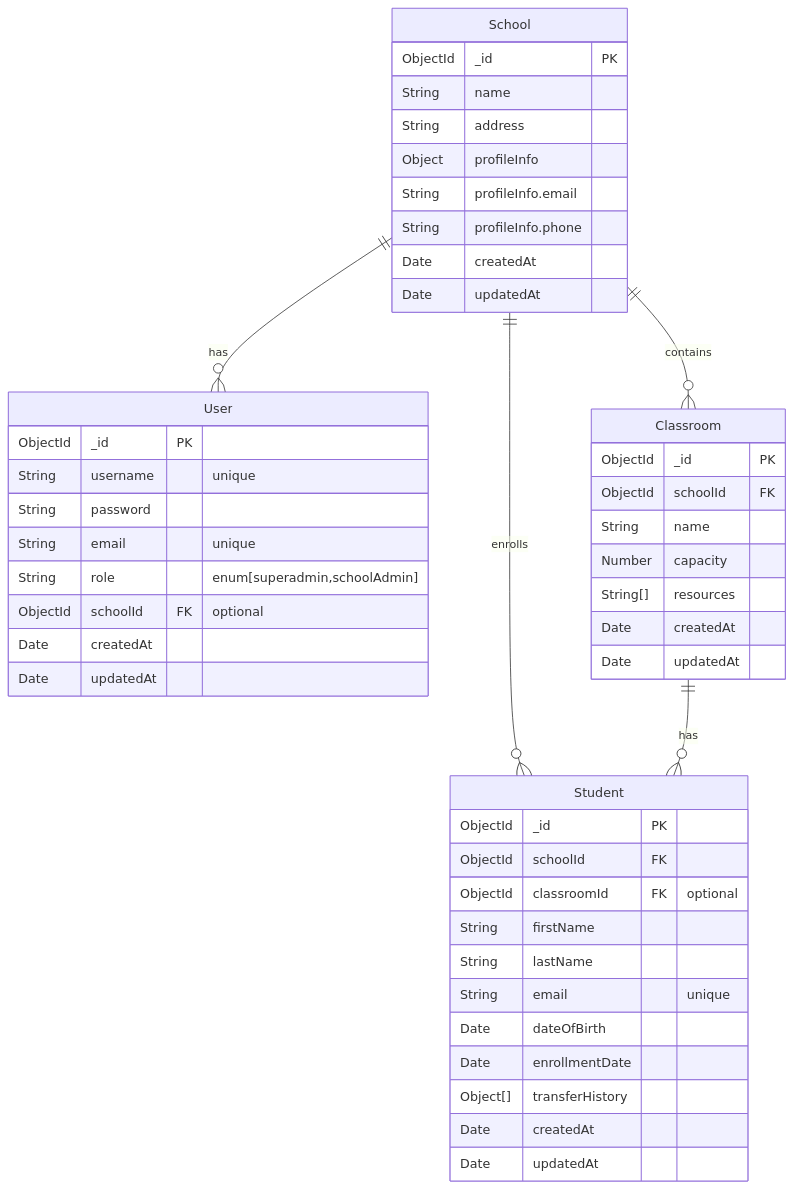
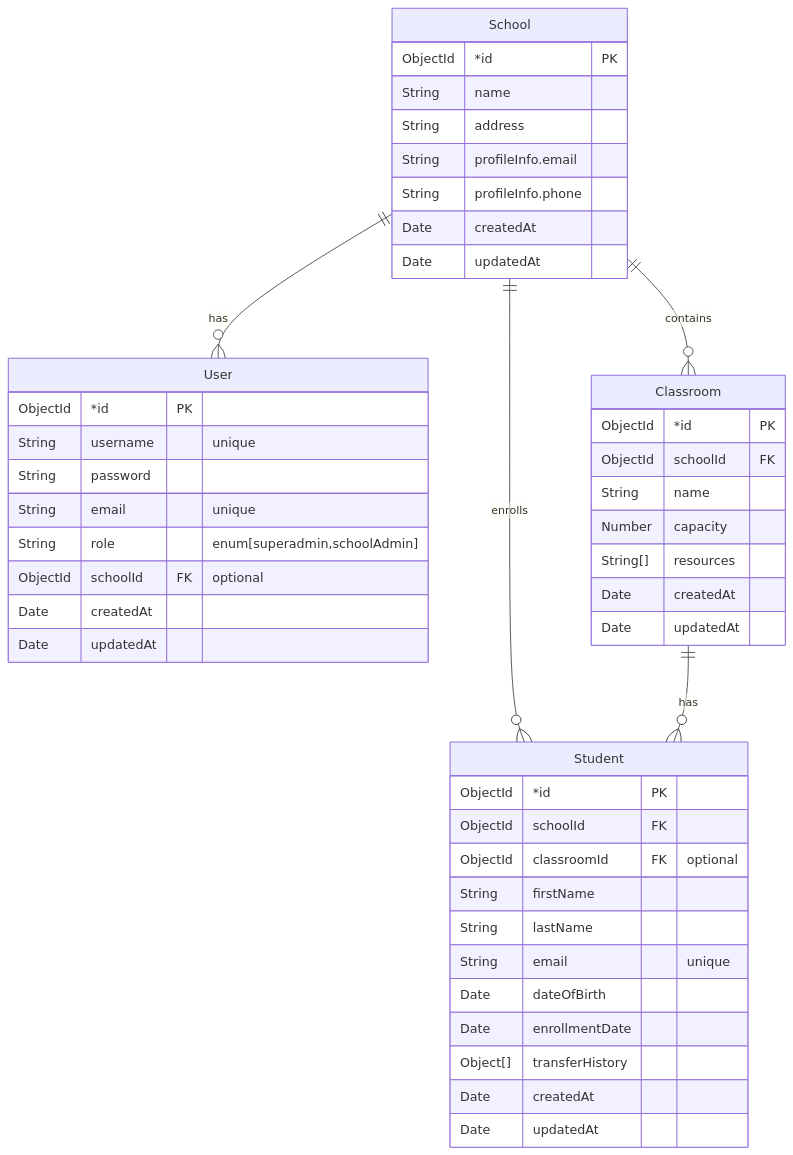
The diagram in docs/database.md (salmoor/soar), drawn with Mermaid before and after one commit.

Commit message:
Remove Object

````diff
--- a/docs/database.md
+++ b/docs/database.md
@@ -3,53 +3,52 @@
 ```mermaid
 erDiagram
     User {
-        ObjectId _id PK
+        ObjectId *id PK
         String username "unique"
         String password
-        String email "unique"
+        String email "unique" 
         String role "enum[superadmin,schoolAdmin]"
         ObjectId schoolId FK "optional"
         Date createdAt
         Date updatedAt
     }
-
+    
     School {
-        ObjectId _id PK
+        ObjectId *id PK
         String name
         String address
-        Object profileInfo
         String profileInfo.email
         String profileInfo.phone
         Date createdAt
         Date updatedAt
     }
-
+    
     Classroom {
-        ObjectId _id PK
+        ObjectId *id PK
         ObjectId schoolId FK
         String name
         Number capacity
         String[] resources
         Date createdAt
         Date updatedAt
     }
-
+    
     Student {
-        ObjectId _id PK
+        ObjectId *id PK
         ObjectId schoolId FK
         ObjectId classroomId FK "optional"
         String firstName
-        String lastName
+        String lastName 
         String email "unique"
         Date dateOfBirth
         Date enrollmentDate
         Object[] transferHistory
         Date createdAt
         Date updatedAt
     }
-
+    
     School ||--o{ User : "has"
     School ||--o{ Classroom : "contains"
     School ||--o{ Student : "enrolls"
     Classroom ||--o{ Student : "has"
 ```
````
